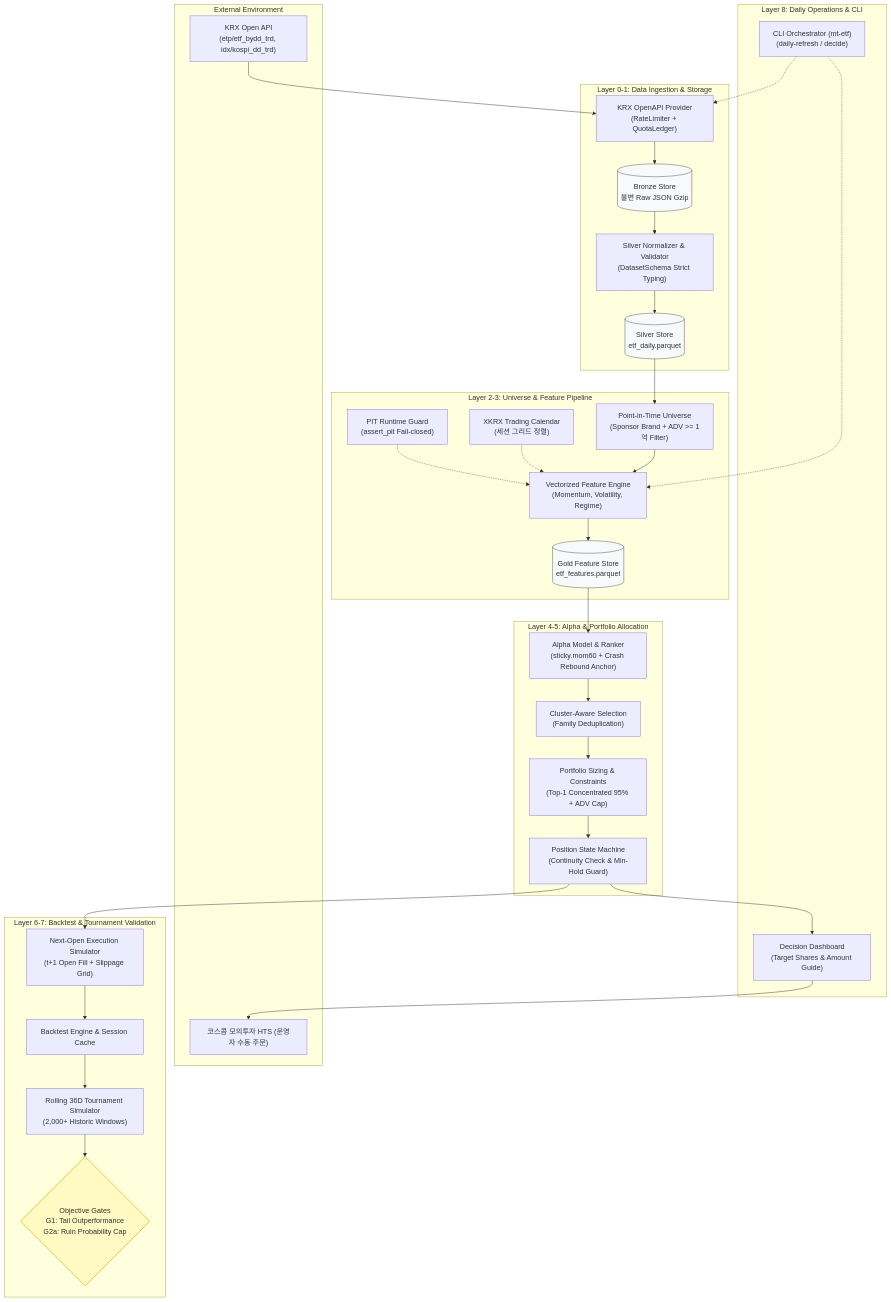
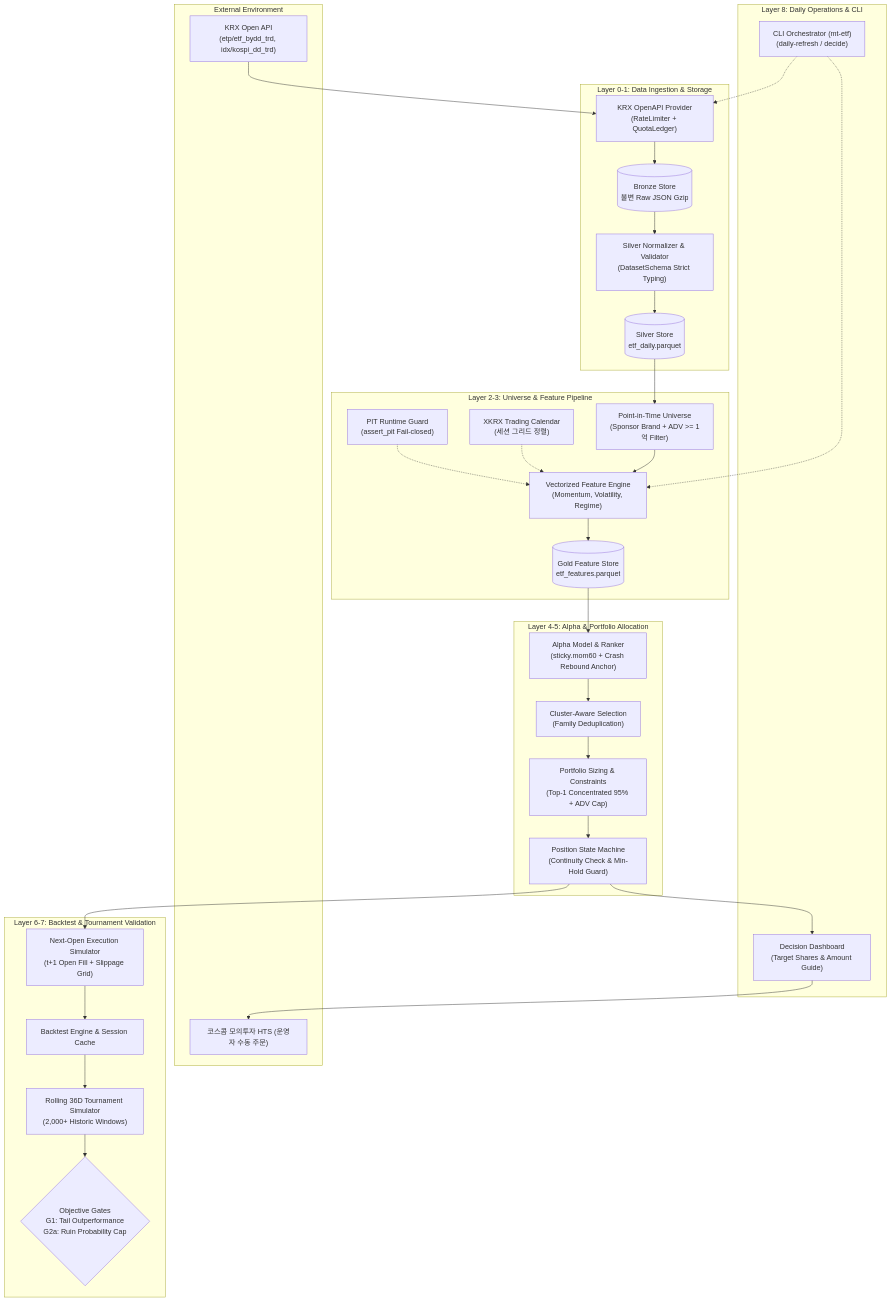
Before and after one commit to KTHYEONG/mt-etf-king-2026: the first of 2 diagrams in docs/architecture/overview.md, drawn with Mermaid. The commit also changed other lines of this file and 4 other files, not shown here.

First line of the commit message:
docs: 다이어그램 내 시인성 저해 인라인 스타일 제거

````diff
--- a/docs/architecture/overview.md
+++ b/docs/architecture/overview.md
@@ -45,63 +45,58 @@
 ```mermaid
 flowchart TD
     subgraph S_EXT ["External Environment"]
         KRX["KRX Open API\n(etp/etf_bydd_trd, idx/kospi_dd_trd)"]
         HTS["코스콤 모의투자 HTS (운영자 수동 주문)"]
     end
 
     subgraph S_DATA ["Layer 0-1: Data Ingestion & Storage"]
         Provider["KRX OpenAPI Provider\n(RateLimiter + QuotaLedger)"]
         Bronze[("Bronze Store\n불변 Raw JSON Gzip")]
         Normalizer["Silver Normalizer & Validator\n(DatasetSchema Strict Typing)"]
         Silver[("Silver Store\netf_daily.parquet")]
 
         Provider --> Bronze --> Normalizer --> Silver
     end
 
     subgraph S_FEAT ["Layer 2-3: Universe & Feature Pipeline"]
         Calendar["XKRX Trading Calendar\n(세션 그리드 정렬)"]
         Universe["Point-in-Time Universe\n(Sponsor Brand + ADV >= 1억 Filter)"]
         PITGuard["PIT Runtime Guard\n(assert_pit Fail-closed)"]
         FeatureEng["Vectorized Feature Engine\n(Momentum, Volatility, Regime)"]
         Gold[("Gold Feature Store\netf_features.parquet")]
 
         Silver --> Universe --> FeatureEng
         Calendar -.-> FeatureEng
         PITGuard -.-> FeatureEng
         FeatureEng --> Gold
     end
 
     subgraph S_ALPHA ["Layer 4-5: Alpha & Portfolio Allocation"]
         Alpha["Alpha Model & Ranker\n(sticky.mom60 + Crash Rebound Anchor)"]
         Selection["Cluster-Aware Selection\n(Family Deduplication)"]
         Sizing["Portfolio Sizing & Constraints\n(Top-1 Concentrated 95% + ADV Cap)"]
         State["Position State Machine\n(Continuity Check & Min-Hold Guard)"]
 
         Gold --> Alpha --> Selection --> Sizing --> State
     end
 
     subgraph S_EVAL ["Layer 6-7: Backtest & Tournament Validation"]
         Execution["Next-Open Execution Simulator\n(t+1 Open Fill + Slippage Grid)"]
         Engine["Backtest Engine & Session Cache"]
         Simulator["Rolling 36D Tournament Simulator\n(2,000+ Historic Windows)"]
         Gates{"Objective Gates\nG1: Tail Outperformance\nG2a: Ruin Probability Cap"}
 
         State --> Execution --> Engine --> Simulator --> Gates
     end
 
     subgraph S_OPS ["Layer 8: Daily Operations & CLI"]
         CLI["CLI Orchestrator (mt-etf)\n(daily-refresh / decide)"]
         Dashboard["Decision Dashboard\n(Target Shares & Amount Guide)"]
 
         CLI -.-> Provider
         CLI -.-> FeatureEng
         State --> Dashboard --> HTS
     end
 
     KRX --> Provider
-
-    classDef store fill:#f8f9fa,stroke:#495057,stroke-width:1px;
-    classDef gate fill:#fff9c4,stroke:#fbc02d,stroke-width:2px;
-    class Bronze,Silver,Gold store;
-    class Gates gate;
 ```
````
